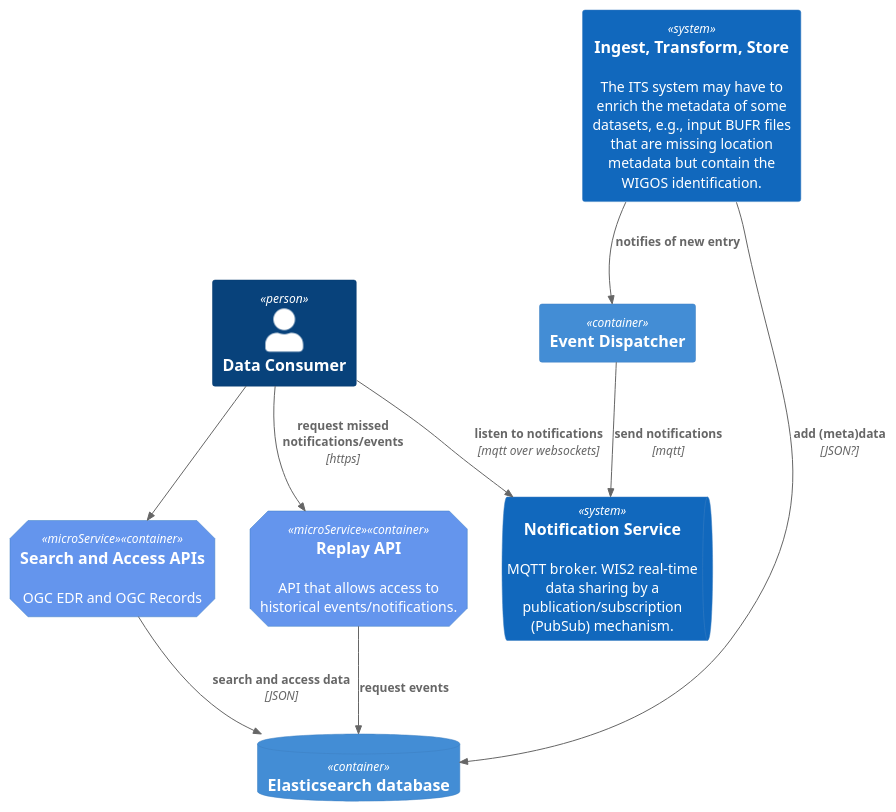
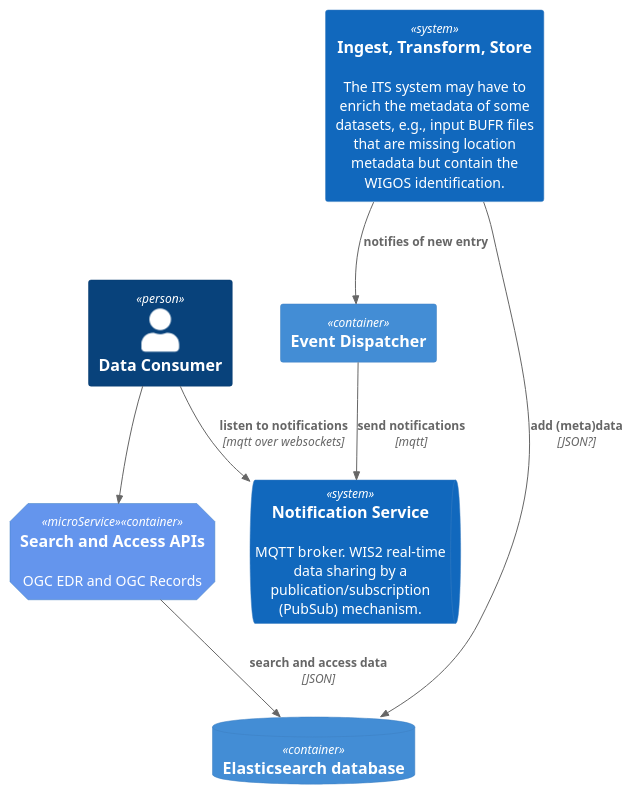
One commit to EURODEO/e-soh-poc-report changed the diagram in poc-experiments/datastore-choices/container-elastic-data-store-conventional.puml. Above: the diagram before and after it, drawn with PlantUML. The commit also changed 2 other files, not shown here.

Commit message:
Remove replay-api

```diff
--- a/poc-experiments/datastore-choices/container-elastic-data-store-conventional.puml
+++ b/poc-experiments/datastore-choices/container-elastic-data-store-conventional.puml
@@ -1,35 +1,29 @@
 @startuml "c4-container-relational-data-store"
 !include https://raw.githubusercontent.com/plantuml-stdlib/C4-PlantUML/master/C4_Container.puml
 
 '1C
 
 AddElementTag("microService", $shape=EightSidedShape(), $bgColor="CornflowerBlue", $fontColor="white", $legendText="micro service\neight sided")
 
 Person(consumer, "Data Consumer")
 
 System(its, "Ingest, Transform, Store", "The ITS system may have to enrich the metadata of some datasets, e.g., input BUFR files that are missing location metadata but contain the WIGOS identification.")
 
 SystemQueue(queue, "Notification Service", "MQTT broker. WIS2 real-time data sharing by a publication/subscription (PubSub) mechanism.")
 
-Container(replay, "Replay API", "", "API that allows access to historical events/notifications.", $tags = "microService")
 Container(edr, "Search and Access APIs", "", "OGC EDR and OGC Records", $tags = "microService")
 ContainerDb(db, "Elasticsearch database")
 Container(eventsender, "Event Dispatcher")
 Rel(its, db, "add (meta)data", "JSON?")
 Rel(its, eventsender, "notifies of new entry")
 Rel(eventsender, queue, "send notifications", "mqtt")
-Rel(replay, db, "request events", "")
-/'
-Rel(bootstrap, replay, "request all events", "https")
-Rel(bootstrap, eventstore, "load (meta)data", "")
-'/
+
 Rel(consumer, queue, "listen to notifications", "mqtt over websockets")
-Rel(consumer, replay, "request missed notifications/events", "https")
 
 Rel(edr, db, "search and access data", "JSON")
 Rel(consumer, edr, "", "")
 /'
 Lay_R(consumer, edr)
 
 '/
 @enduml
```
